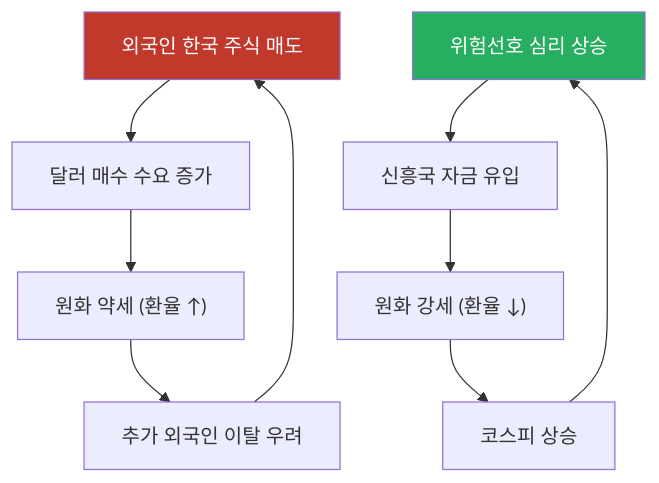
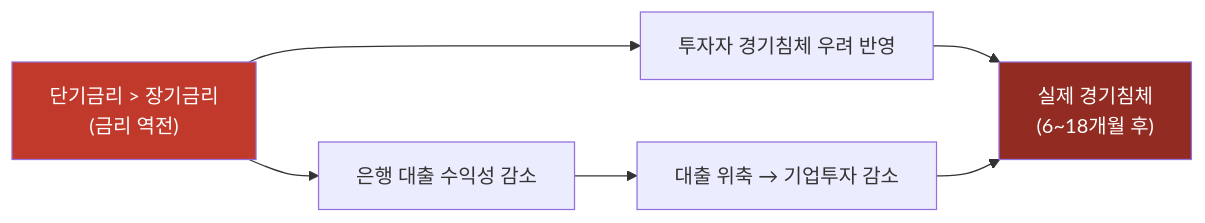
Before and after one commit to edumgt/python-quant: the fifth of 12 diagrams in docs/03.md, drawn with Mermaid. The commit also changed other lines of this file and 36 other files, not shown here.

````diff
--- a/docs/03.md
+++ b/docs/03.md
@@ -339,15 +232,10 @@
 ```mermaid
-flowchart TD
-    A["외국인 한국 주식 매도"] --> B["달러 매수 수요 증가"]
-    B --> C["원화 약세 (환율 ↑)"]
-    C --> D["추가 외국인 이탈 우려"]
-    D --> A
-
-    E["위험선호 심리 상승"] --> F["신흥국 자금 유입"]
-    F --> G["원화 강세 (환율 ↓)"]
-    G --> H["코스피 상승"]
-    H --> E
+flowchart LR
+    A["단기금리 > 장기금리\n(금리 역전)"] --> B["은행 대출 수익성 감소"]
+    A --> C["투자자 경기침체 우려 반영"]
+    B --> D["대출 위축 → 기업투자 감소"]
+    C & D --> E["실제 경기침체\n(6~18개월 후)"]
 
     style A fill:#c0392b,color:#fff
-    style E fill:#27ae60,color:#fff
+    style E fill:#922b21,color:#fff
 ```
````
